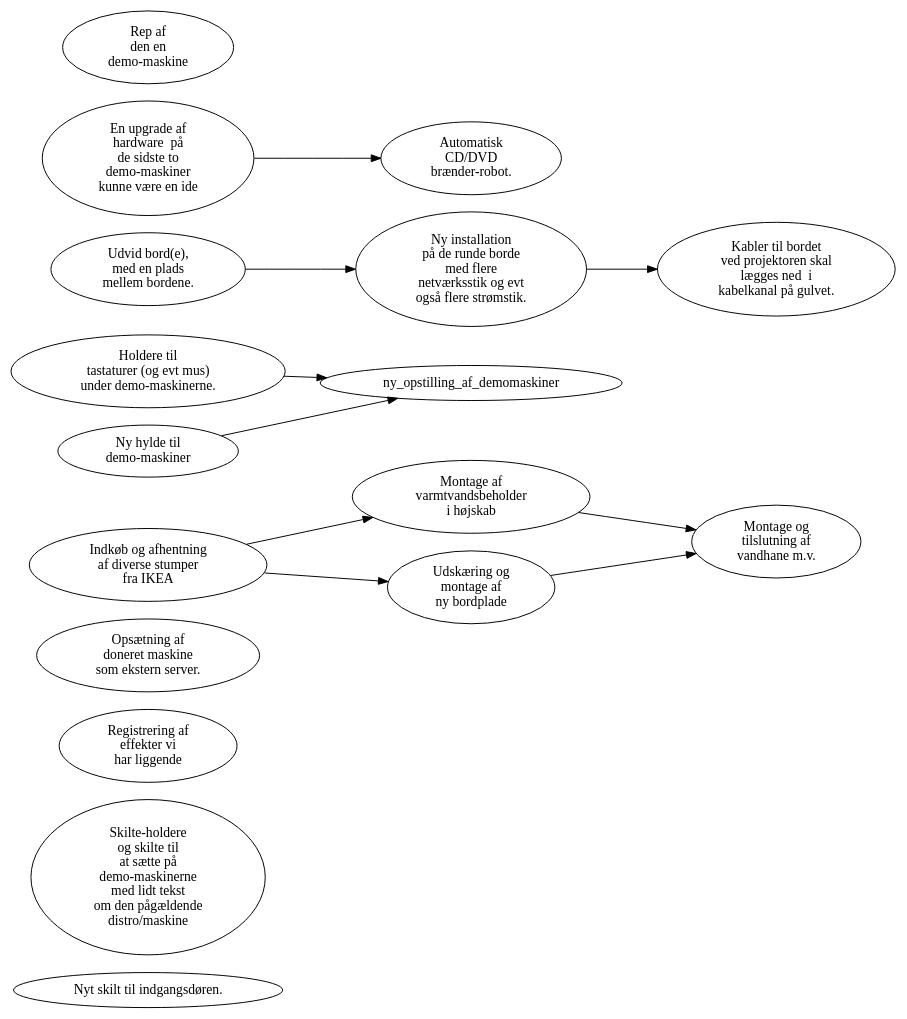
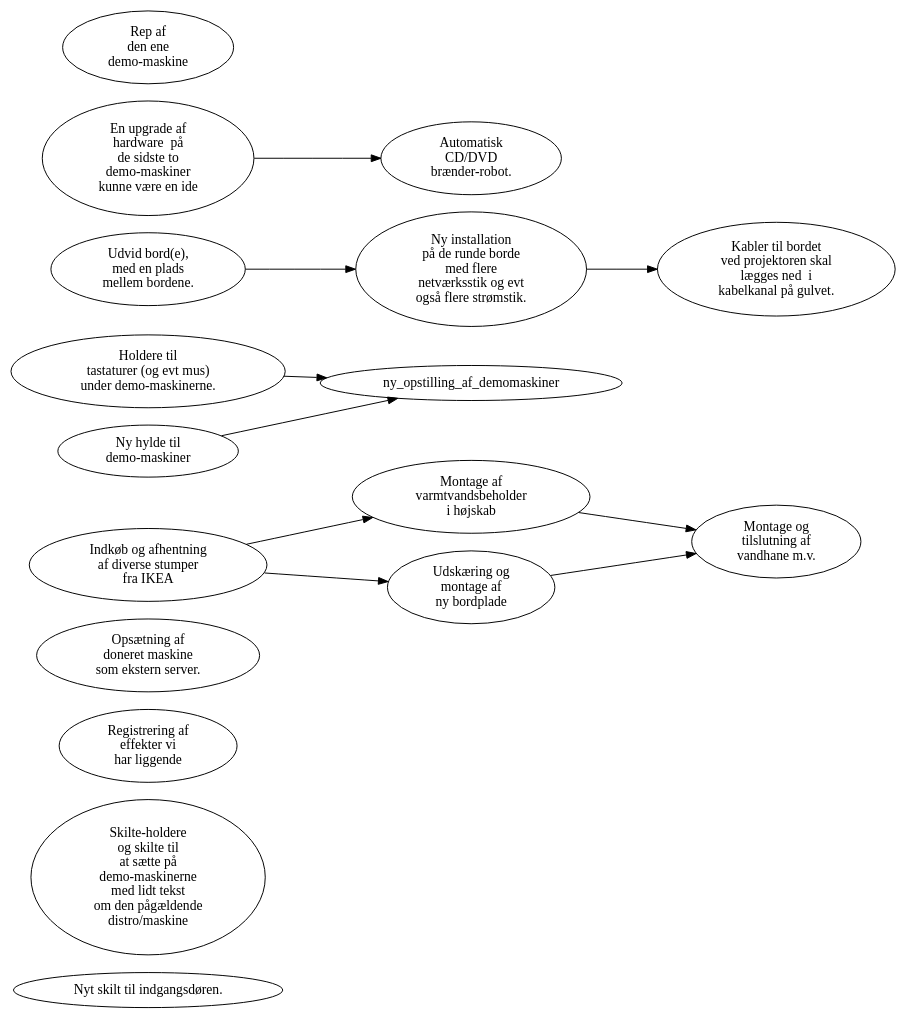
One commit to alslug/alslug.dk changed the diagram in faq/todo.dot. Above: the diagram before and after it, drawn with Graphviz.

```diff
--- a/faq/todo.dot
+++ b/faq/todo.dot
@@ -1,27 +1,27 @@
 digraph xxx {
     rankdir=LR;
     nyt_dørskilt [ label="Nyt skilt til indgangsdøren." ];
     skilteholdere [ label="Skilte-holdere \n og skilte til \n at sætte på \n demo-maskinerne \n med lidt tekst \n om den pågældende \n distro/maskine" ];
     registerer_udstyr [ label="Registrering af \n effekter vi \n har liggende" ];
     ny_bootserver [ label="Opsætning af \n doneret maskine \n som ekstern server." ];
     
     indkøb_hos_ikea [ label="Indkøb og afhentning \n af diverse stumper \n fra IKEA" ];
     montage_af_varmtvandsbeholder [ label="Montage af \n varmtvandsbeholder \n i højskab" ];
     montage_af_ny_bordplade [ label="Udskæring og \n montage af \n ny bordplade" ];
     montage_og_tilslutning_af_vandhane_mv [ label="Montage og \n tilslutning af \n vandhane m.v." ];
     indkøb_hos_ikea -> {montage_af_varmtvandsbeholder,montage_af_ny_bordplade} -> montage_og_tilslutning_af_vandhane_mv;
 
     lav_keyboard_holdere [ label="Holdere til \n tastaturer (og evt mus) \n under demo-maskinerne." ];
     hylde_til_demomaskiner [ label="Ny hylde til \n demo-maskiner" ];
     {lav_keyboard_holdere,hylde_til_demomaskiner} -> ny_opstilling_af_demomaskiner;
 
     udvid_borde [ label="Udvid bord(e), \n med en plads \n mellem bordene." ];
     bord_instalationer [ label="Ny installation \n på de runde borde \n med flere \n netværksstik og evt \n også flere strømstik." ];
     kabler_på_gulv [ label="Kabler til bordet \n ved projektoren skal \n lægges ned  i \n kabelkanal på gulvet." ];
     udvid_borde -> bord_instalationer -> kabler_på_gulv;
 
     upgrade_demomaskiner [ label="En upgrade af \n hardware  på \n de sidste to \n demo-maskiner \n kunne være en ide" ];
-    rep_af_demomaskine [ label="Rep af \n den en \n demo-maskine" ];
+    rep_af_demomaskine [ label="Rep af \n den ene \n demo-maskine" ];
     cd_brænder [ label="Automatisk \n CD/DVD \n brænder-robot." ];
     upgrade_demomaskiner -> cd_brænder;
 }
```
